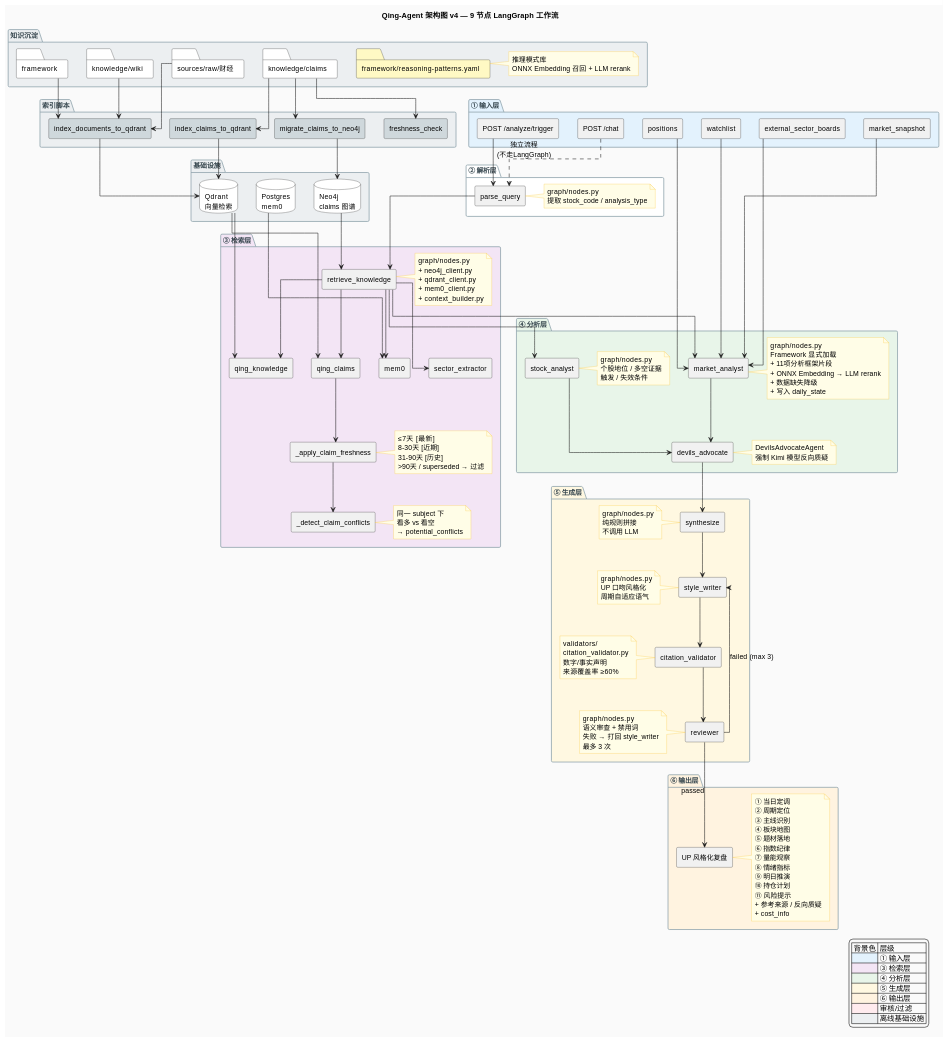
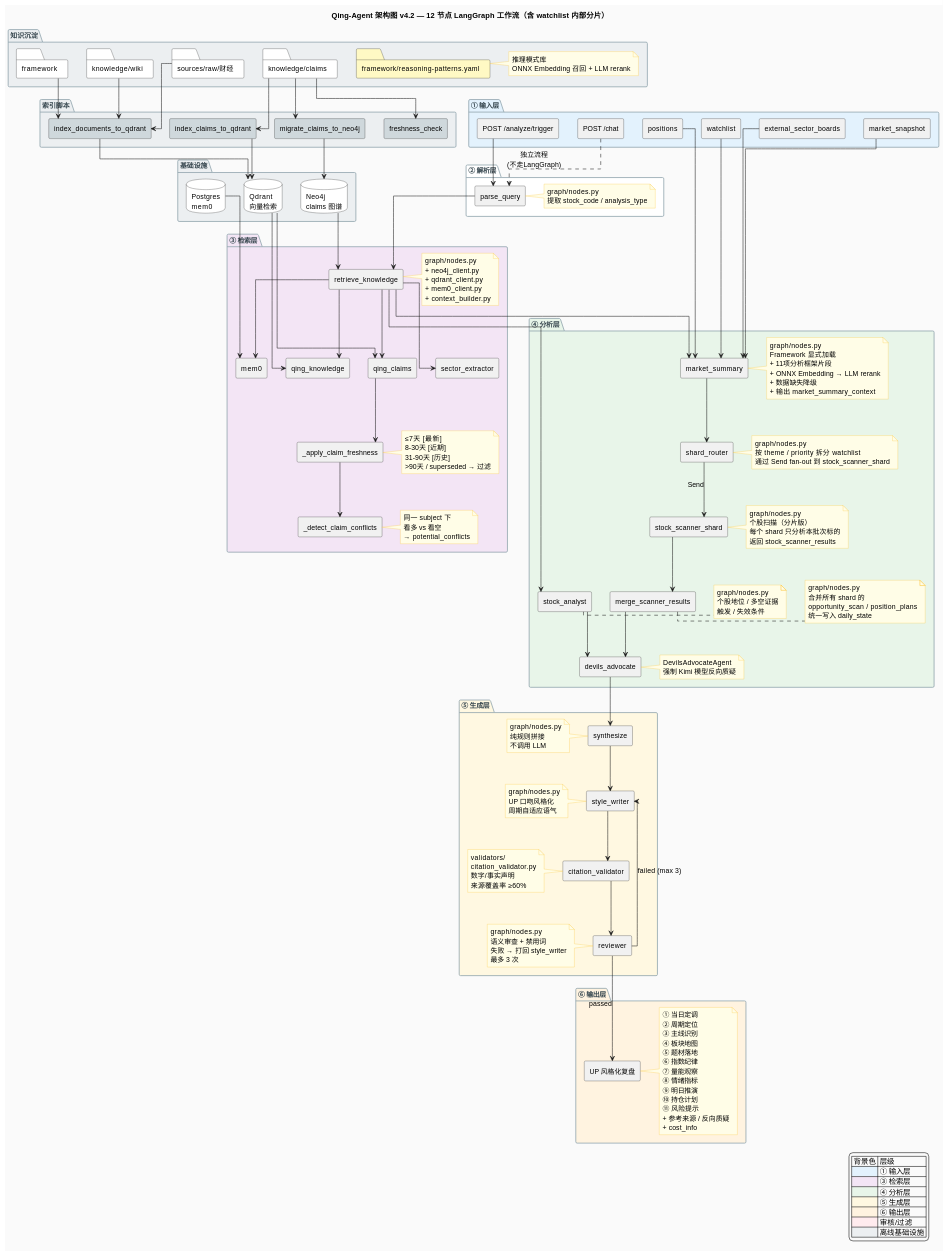
The diagram in docs/qing-agent-technical-design.md (zhoudirac-C/learning-investment-strategies), drawn with PlantUML before and after one commit. The commit also changed other lines of this file and 3 other files, not shown here.

Commit message:
docs(agent): update qing-agent docs for internal watchlist sharding

```diff
--- a/docs/qing-agent-technical-design.md
+++ b/docs/qing-agent-technical-design.md
@@ -82,7 +82,7 @@
 skinparam noteBackgroundColor #FFFDE7
 skinparam noteBorderColor #FBC02D
 
-title Qing-Agent 架构图 v4 — 9 节点 LangGraph 工作流
+title Qing-Agent 架构图 v4.2 — 12 节点 LangGraph 工作流（含 watchlist 内部分片）
 
 ' ==================== 左侧：离线层 ====================
 package "基础设施" #ECEFF1 {
@@ -161,7 +161,10 @@
 }
 
 package "④ 分析层" #E8F5E9 {
-    [market_analyst] as Market
+    [market_summary] as Market
+    [shard_router] as ShardRouter
+    [stock_scanner_shard] as ScannerShard
+    [merge_scanner_results] as MergeScanner
     [stock_analyst] as Stock
     [devils_advocate] as DA
 
@@ -171,7 +174,27 @@
       + 11项分析框架片段
       + ONNX Embedding → LLM rerank
       + 数据缺失降级
-      + 写入 daily_state
+      + 输出 market_summary_context
+    end note
+
+    note right of ShardRouter
+      graph/nodes.py
+      按 theme / priority 拆分 watchlist
+      通过 Send fan-out 到 stock_scanner_shard
+    end note
+
+    note right of ScannerShard
+      graph/nodes.py
+      个股扫描（分片版）
+      每个 shard 只分析本批次标的
+      返回 stock_scanner_results
+    end note
+
+    note right of MergeScanner
+      graph/nodes.py
+      合并所有 shard 的
+      opportunity_scan / position_plans
+      统一写入 daily_state
     end note
 
     note right of Stock
@@ -255,7 +278,10 @@
 Retrieve --> Market
 Retrieve --> Stock
 
-Market --> DA
+Market --> ShardRouter
+ShardRouter --> ScannerShard : Send
+ScannerShard --> MergeScanner
+MergeScanner --> DA
 Stock --> DA
 
 DA --> Synth
```
